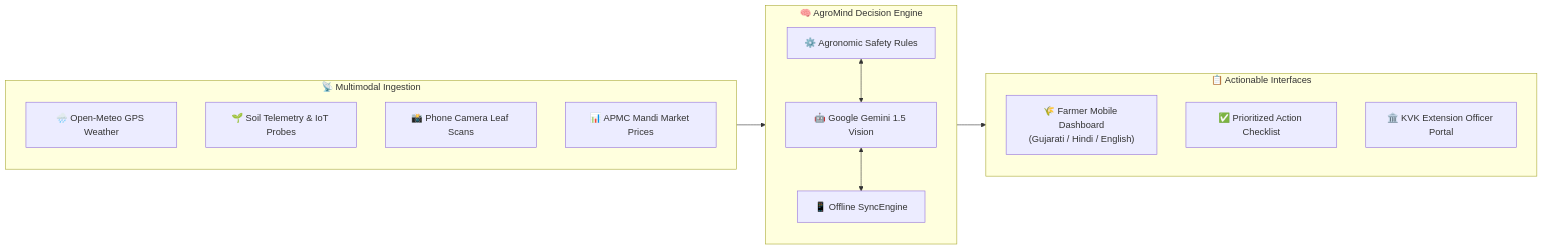
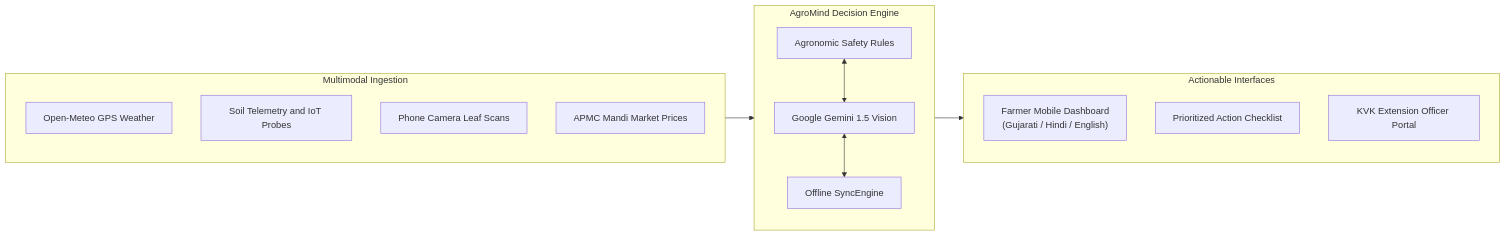
Before and after one commit to Xcoder-69/HACKFORGE: the second of 4 diagrams in README.md, drawn with Mermaid. The commit also changed other lines of this file and 3 other files, not shown here.

````diff
--- a/README.md
+++ b/README.md
@@ -64,26 +64,26 @@
 ```mermaid
 flowchart LR
-    subgraph Inputs ["📡 Multimodal Ingestion"]
-        W["🌧️ Open-Meteo GPS Weather"]
-        S["🌱 Soil Telemetry & IoT Probes"]
-        C["📸 Phone Camera Leaf Scans"]
-        M["📊 APMC Mandi Market Prices"]
+    subgraph Inputs ["Multimodal Ingestion"]
+        W["Open-Meteo GPS Weather"]
+        S["Soil Telemetry and IoT Probes"]
+        C["Phone Camera Leaf Scans"]
+        M["APMC Mandi Market Prices"]
     end
 
-    subgraph Engine ["🧠 AgroMind Decision Engine"]
-        AR["⚙️ Agronomic Safety Rules"]
-        AI["🤖 Google Gemini 1.5 Vision"]
-        OE["📱 Offline SyncEngine"]
+    subgraph Engine ["AgroMind Decision Engine"]
+        AR["Agronomic Safety Rules"]
+        AI["Google Gemini 1.5 Vision"]
+        OE["Offline SyncEngine"]
         AR <--> AI
         AI <--> OE
     end
 
-    subgraph Outputs ["📋 Actionable Interfaces"]
-        FA["🌾 Farmer Mobile Dashboard\n(Gujarati / Hindi / English)"]
-        AC["✅ Prioritized Action Checklist"]
-        KC["🏛️ KVK Extension Officer Portal"]
+    subgraph Outputs ["Actionable Interfaces"]
+        FA["Farmer Mobile Dashboard\n(Gujarati / Hindi / English)"]
+        AC["Prioritized Action Checklist"]
+        KC["KVK Extension Officer Portal"]
     end
 
     Inputs --> Engine
     Engine --> Outputs
 ```
````
